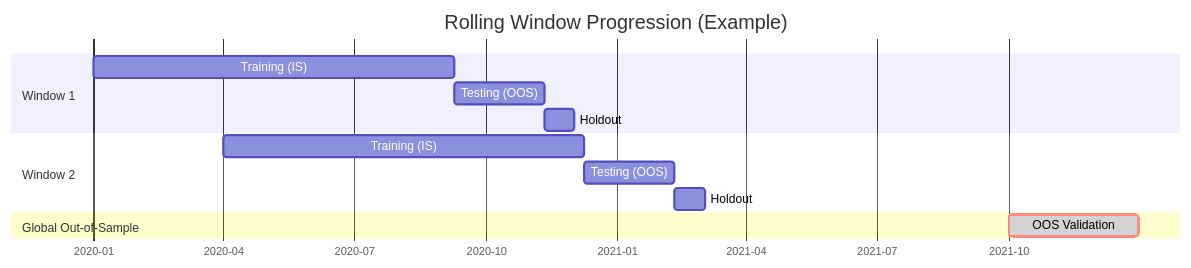
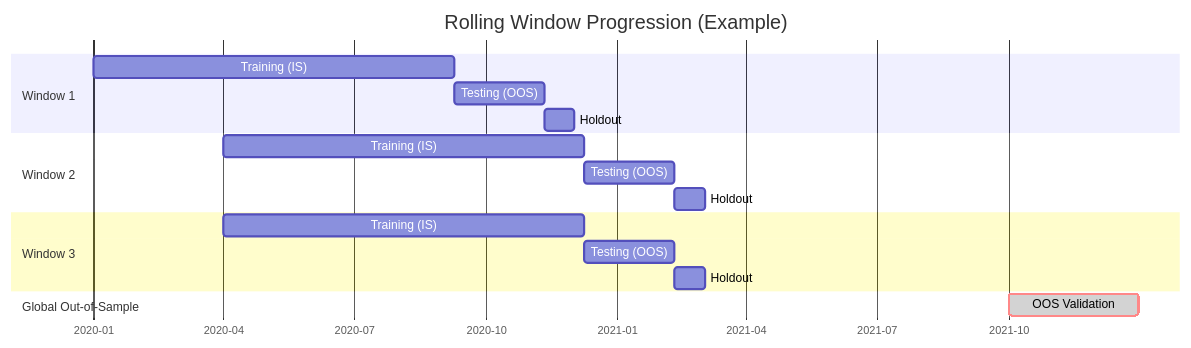
One commit to xxxxyyyy80008/xxxxyyyy80008.github.io changed the second of 2 diagrams in docs/alpha-research/framework/walkforward-analysis.md. Above: the diagram before and after it, drawn with Mermaid.

````diff
--- a/docs/alpha-research/framework/walkforward-analysis.md
+++ b/docs/alpha-research/framework/walkforward-analysis.md
@@ -79,19 +79,24 @@
 ```mermaid
 gantt
     title Rolling Window Progression (Example)
     dateFormat YYYY-MM-DD
     axisFormat %Y-%m
     
     section Window 1
     Training (IS)      :a1, 2020-01-01, 252d
     Testing (OOS)      :a2, after a1, 63d
     Holdout            :a3, after a2, 21d
     
     section Window 2
     Training (IS)      :b1, 2020-04-01, 252d
     Testing (OOS)      :b2, after b1, 63d
     Holdout            :b3, after b2, 21d  
-      
+    
+    section Window 3
+    Training (IS)      :b1, 2020-04-01, 252d
+    Testing (OOS)      :b2, after b1, 63d
+    Holdout            :b3, after b2, 21d  
+
     section Global Out-of-Sample
     OOS Validation     :crit,    done, 2021-10-01, 2021-12-31
 ```
````
